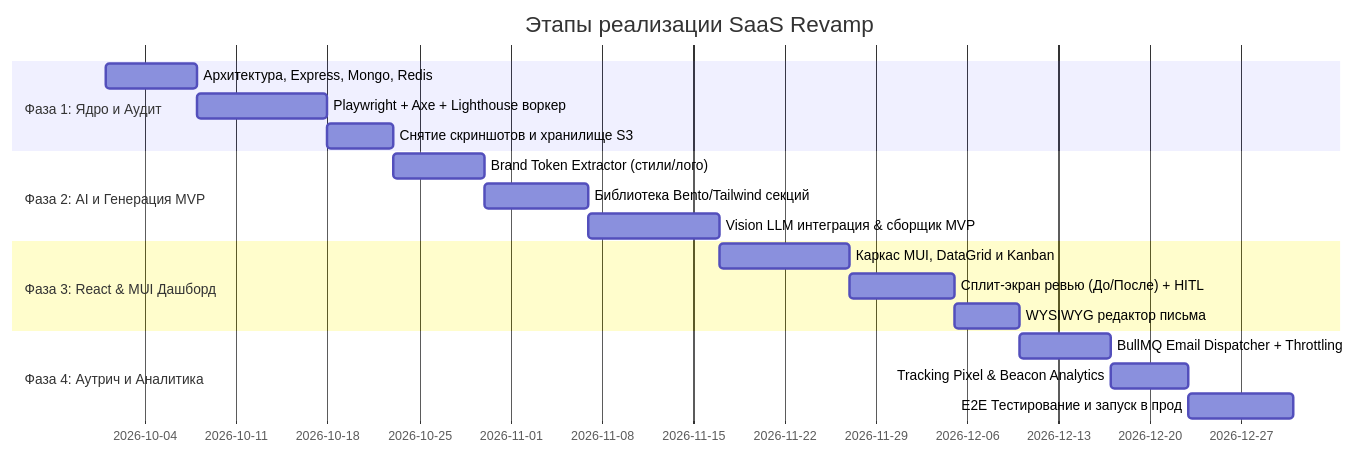
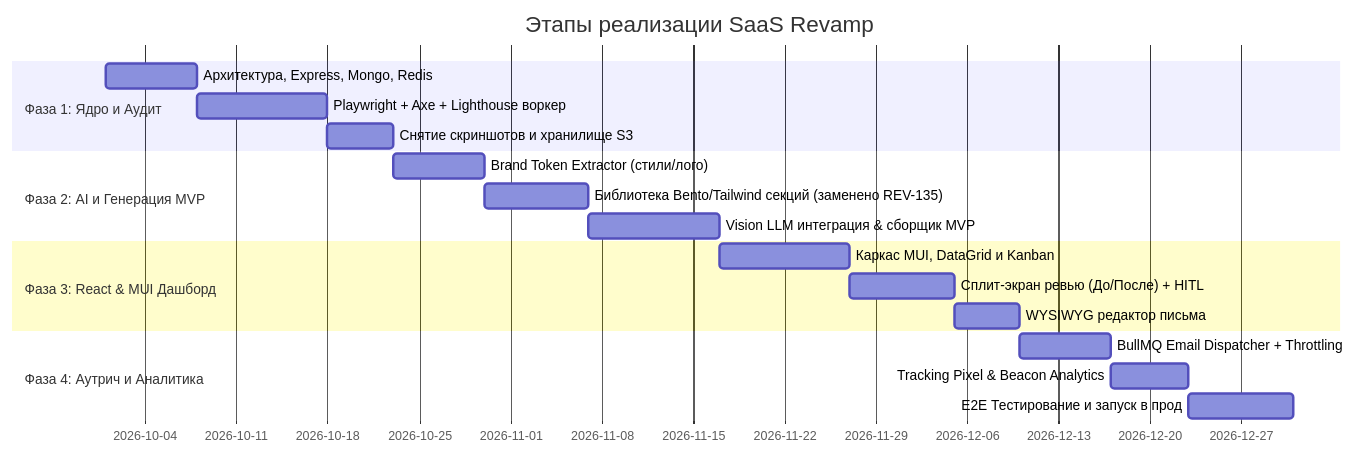
The tenth of 10 diagrams in blueprint.md (yurykurouski/revamp-docs), drawn with Mermaid before and after one commit. The commit also changed other lines of this file, not shown here.

Commit message:
docs(REV-142): blueprint.md — model-designed MVP page: pipeline, schemas, versions, API rows, page queue

````diff
--- a/blueprint.md
+++ b/blueprint.md
@@ -1094,24 +1032,24 @@
 ```mermaid
 gantt
     title Этапы реализации SaaS Revamp
     dateFormat  YYYY-MM-DD
     section Фаза 1: Ядро и Аудит
     Архитектура, Express, Mongo, Redis     :2026-10-01, 7d
     Playwright + Axe + Lighthouse воркер  :2026-10-08, 10d
     Снятие скриншотов и хранилище S3       :2026-10-18, 5d
 
     section Фаза 2: AI и Генерация MVP
     Brand Token Extractor (стили/лого)     :2026-10-23, 7d
-    Библиотека Bento/Tailwind секций       :2026-10-30, 8d
+    Библиотека Bento/Tailwind секций (заменено REV-135)       :2026-10-30, 8d
     Vision LLM интеграция & сборщик MVP    :2026-11-07, 10d
 
     section Фаза 3: React & MUI Дашборд
     Каркас MUI, DataGrid и Kanban          :2026-11-17, 10d
     Сплит-экран ревью (До/После) + HITL    :2026-11-27, 8d
     WYSIWYG редактор письма                :2026-12-05, 5d
 
     section Фаза 4: Аутрич и Аналитика
     BullMQ Email Dispatcher + Throttling   :2026-12-10, 7d
     Tracking Pixel & Beacon Analytics      :2026-12-17, 6d
     E2E Тестирование и запуск в прод       :2026-12-23, 8d
 ```
````
